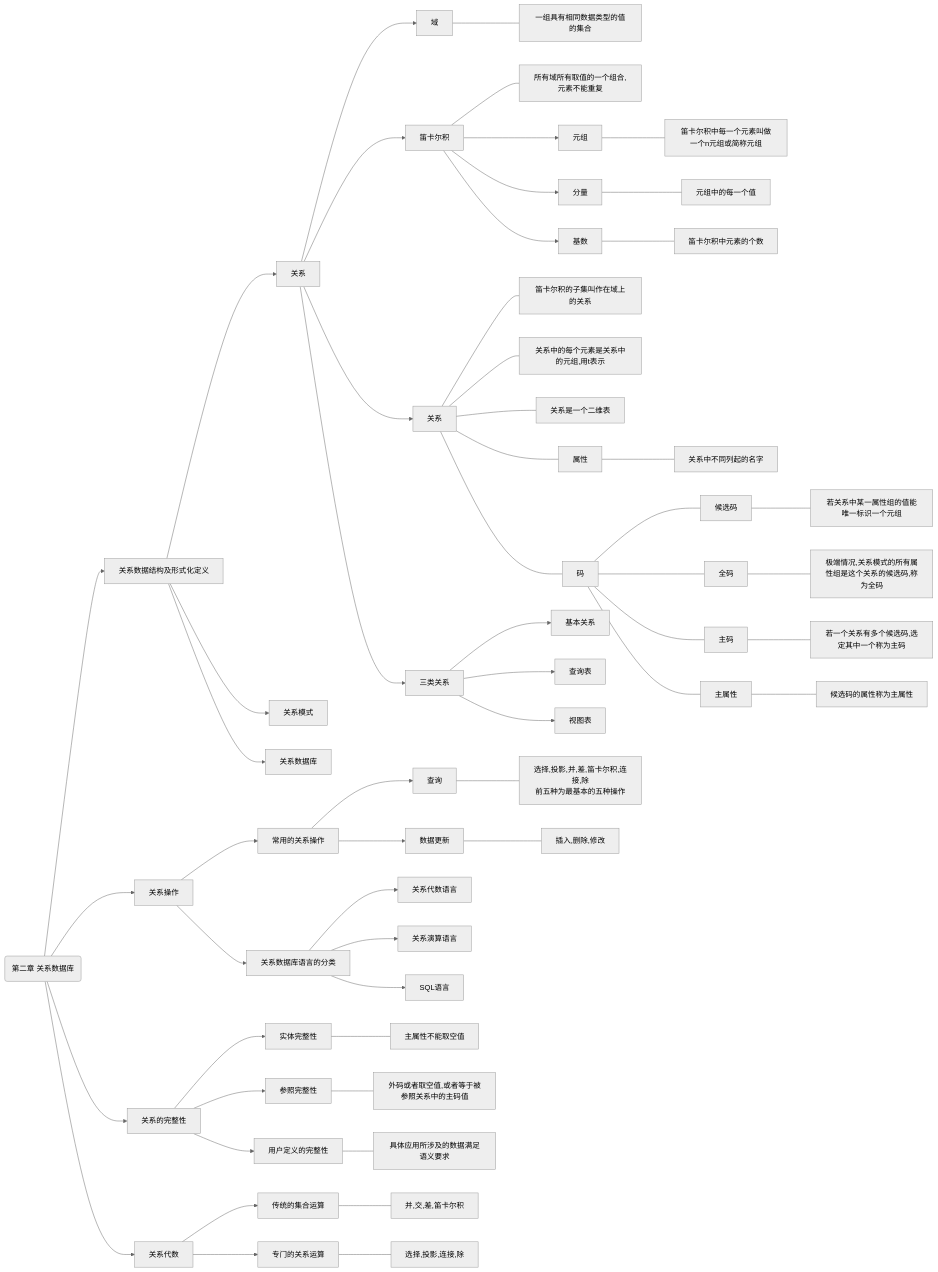
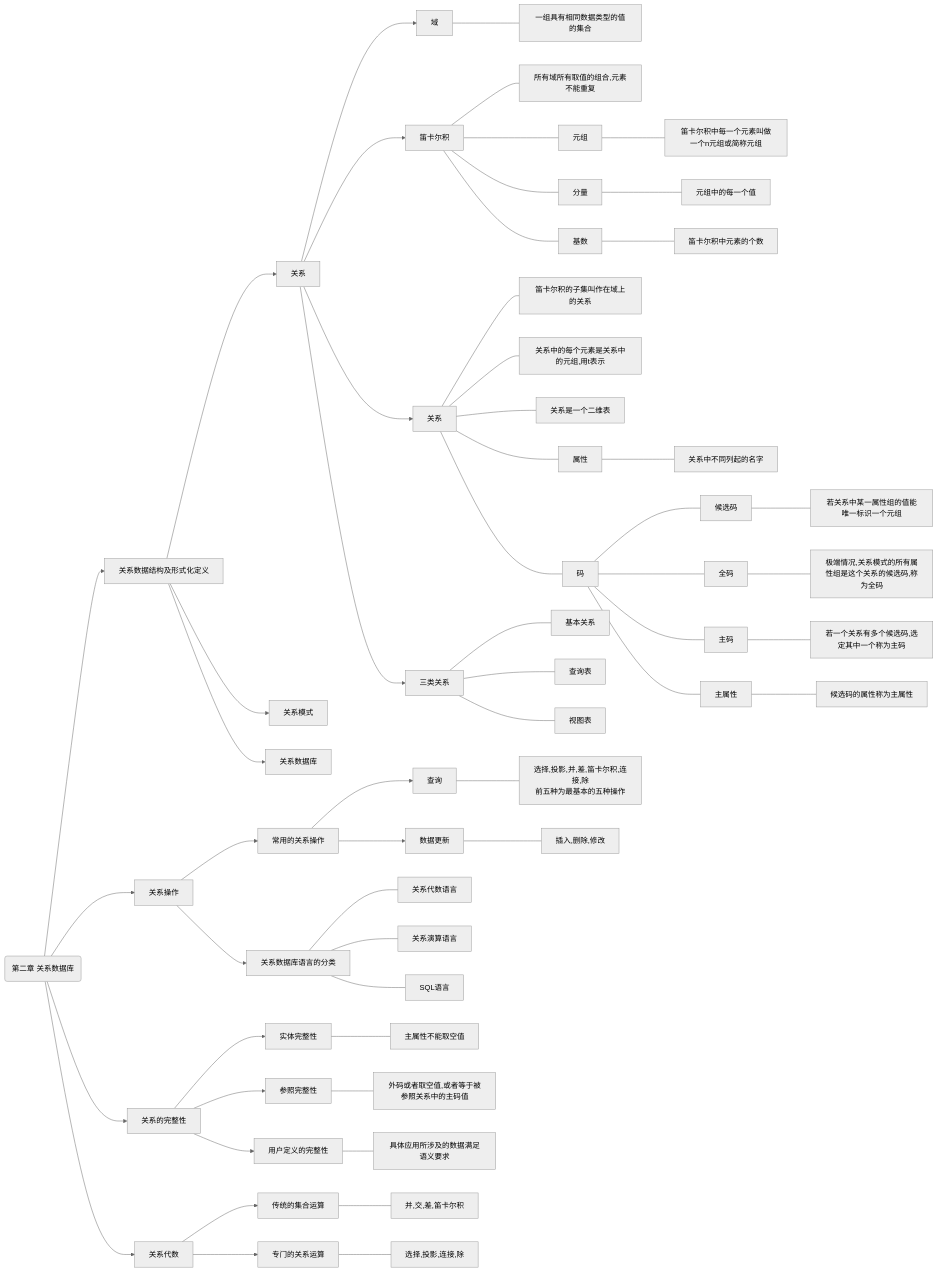
The second of 7 diagrams in source/_posts/数据库复习.md (smilin9/blog), drawn with Mermaid (neutral theme) before and after one commit. The commit also changed other lines of this file, not shown here.

````diff
--- a/source/_posts/数据库复习.md
+++ b/source/_posts/数据库复习.md
@@ -93,41 +93,41 @@
 ```mermaid
 flowchart LR
 a(第二章 关系数据库)-->b[关系数据结构及形式化定义]
 	b-->关系
 		关系-->域---一组具有相同数据类型的值的集合
-		关系-->笛卡尔积---所有域所有取值的一个组合,元素不能重复
-			笛卡尔积-->元组---笛卡尔积中每一个元素叫做一个n元组或简称元组
-			笛卡尔积-->分量---元组中的每一个值
-			笛卡尔积-->基数---笛卡尔积中元素的个数
+		关系-->笛卡尔积---所有域所有取值的组合,元素不能重复
+			笛卡尔积---元组---笛卡尔积中每一个元素叫做一个n元组或简称元组
+			笛卡尔积---分量---元组中的每一个值
+			笛卡尔积---基数---笛卡尔积中元素的个数
 		关系-->c[关系]
 			c---笛卡尔积的子集叫作在域上的关系
 			c---关系中的每个元素是关系中的元组,用t表示
 			c---关系是一个二维表
 			c---属性---关系中不同列起的名字
 			c---码
 				码---候选码---若关系中某一属性组的值能唯一标识一个元组
 				码---全码---极端情况,关系模式的所有属性组是这个关系的候选码,称为全码
 				码---主码---若一个关系有多个候选码,选定其中一个称为主码
 				码---主属性---候选码的属性称为主属性
 		关系-->三类关系
-			三类关系-->基本关系
-			三类关系-->查询表
-			三类关系-->视图表
+			三类关系---基本关系
+			三类关系---查询表
+			三类关系---视图表
 	b-->关系模式
 	b-->关系数据库
 a-->d[关系操作]
 	d-->常用的关系操作
 		常用的关系操作-->查询---g[选择,投影,并,差,笛卡尔积,连接,除<br />前五种为最基本的五种操作]
 		常用的关系操作-->数据更新---插入,删除,修改
 	d-->关系数据库语言的分类
-		关系数据库语言的分类-->关系代数语言
-		关系数据库语言的分类-->关系演算语言
-		关系数据库语言的分类-->SQL语言
+		关系数据库语言的分类---关系代数语言
+		关系数据库语言的分类---关系演算语言
+		关系数据库语言的分类---SQL语言
 a-->e[关系的完整性]
 	e-->实体完整性---主属性不能取空值
 	e-->参照完整性---外码或者取空值,或者等于被参照关系中的主码值
 	e-->用户定义的完整性---具体应用所涉及的数据满足语义要求
 a-->f[关系代数]
 	f-->传统的集合运算---并,交,差,笛卡尔积
 	f-->专门的关系运算---选择,投影,连接,除
 ```
````
